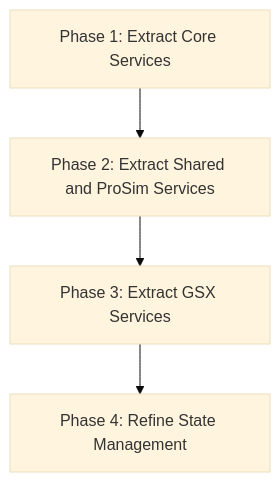
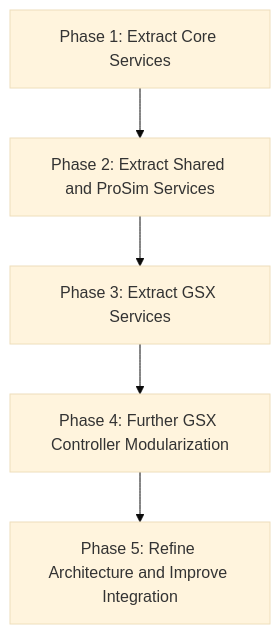
Before and after one commit to psyraxaus/Prosim2GSX: the diagram in to-do/modularization-strategy.md, drawn with Mermaid (base theme). The commit also changed other lines of this file and 13 other files, not shown here.

Commit message:
comprehensive plan for further modularizing the GsxController

````diff
--- a/to-do/modularization-strategy.md
+++ b/to-do/modularization-strategy.md
@@ -17,6 +17,7 @@
 ```mermaid
 flowchart TD
     A[Phase 1: Extract Core Services] --> B[Phase 2: Extract Shared and ProSim Services]
     B --> C[Phase 3: Extract GSX Services]
-    C --> D[Phase 4: Refine State Management]
+    C --> D[Phase 4: Further GSX Controller Modularization]
+    D --> E[Phase 5: Refine Architecture and Improve Integration]
 ```
````
